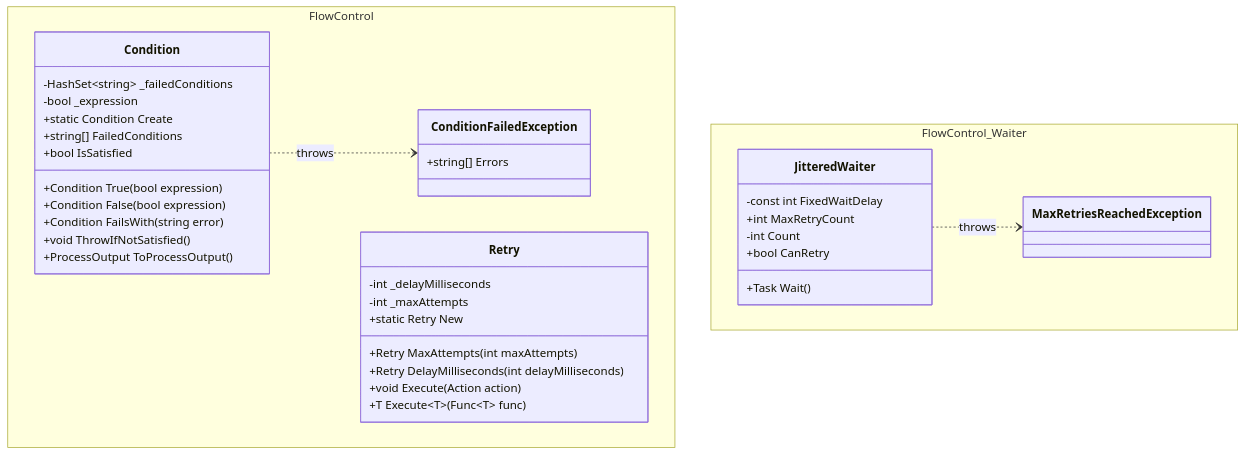
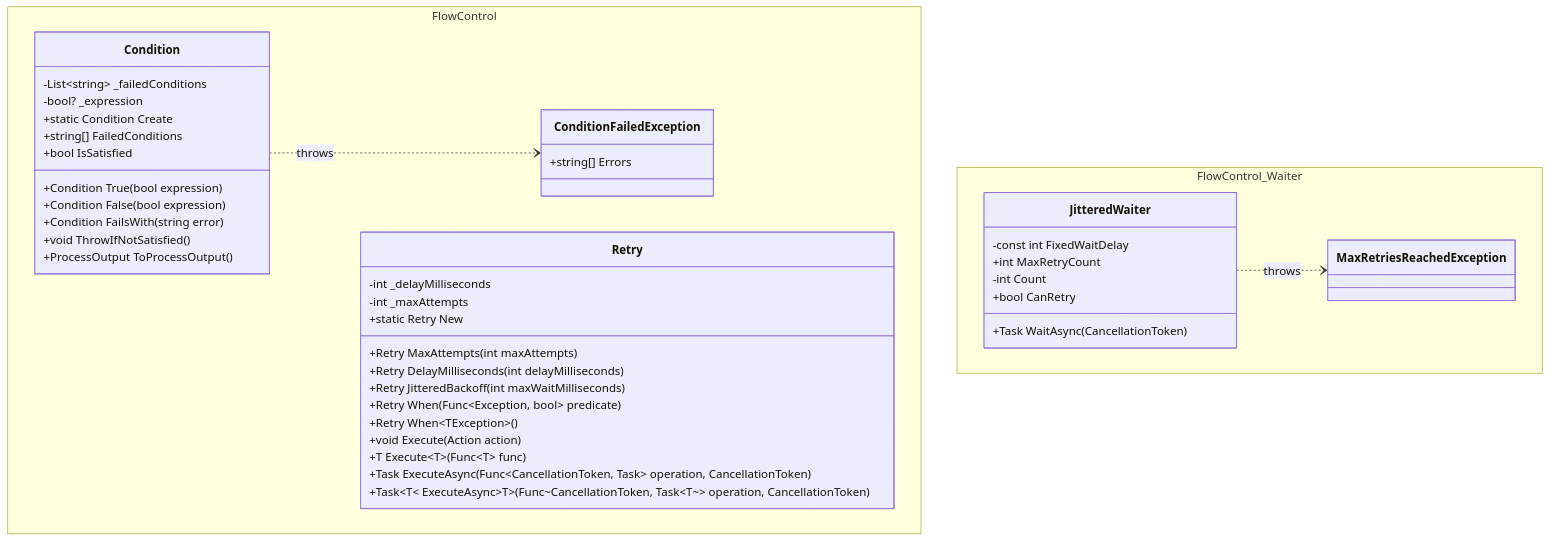
One commit to artur-rios/dotnet-util changed the diagram in docs/content/en/docs/flow-control.md. Above: the diagram before and after it, drawn with Mermaid. The commit also changed other lines of this file and 46 other files, not shown here.

````diff
--- a/docs/content/en/docs/flow-control.md
+++ b/docs/content/en/docs/flow-control.md
@@ -18,41 +18,46 @@
 ```mermaid
 classDiagram
     namespace FlowControl {
         class Condition {
-            -HashSet~string~ _failedConditions
-            -bool _expression
+            -List~string~ _failedConditions
+            -bool? _expression
             +static Condition Create
             +string[] FailedConditions
             +bool IsSatisfied
             +Condition True(bool expression)
             +Condition False(bool expression)
             +Condition FailsWith(string error)
             +void ThrowIfNotSatisfied()
             +ProcessOutput ToProcessOutput()
         }
         class ConditionFailedException {
             +string[] Errors
         }
         class Retry {
             -int _delayMilliseconds
             -int _maxAttempts
             +static Retry New
             +Retry MaxAttempts(int maxAttempts)
             +Retry DelayMilliseconds(int delayMilliseconds)
+            +Retry JitteredBackoff(int maxWaitMilliseconds)
+            +Retry When(Func~Exception, bool~ predicate)
+            +Retry When~TException~()
             +void Execute(Action action)
             +T Execute~T~(Func~T~ func)
+            +Task ExecuteAsync(Func~CancellationToken, Task~ operation, CancellationToken)
+            +Task~T~ ExecuteAsync~T~(Func~CancellationToken, Task~T~~ operation, CancellationToken)
         }
     }
     namespace FlowControl_Waiter {
         class JitteredWaiter {
             -const int FixedWaitDelay
             +int MaxRetryCount
             -int Count
             +bool CanRetry
-            +Task Wait()
+            +Task WaitAsync(CancellationToken)
         }
         class MaxRetriesReachedException
     }
     Condition ..> ConditionFailedException : throws
     JitteredWaiter ..> MaxRetriesReachedException : throws
 ```
````
